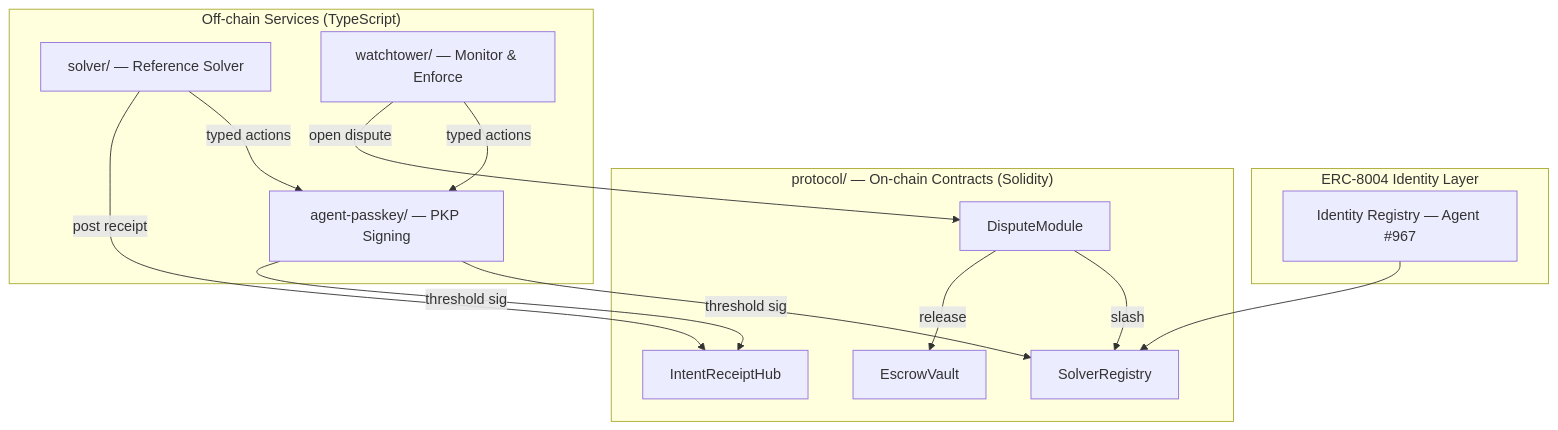
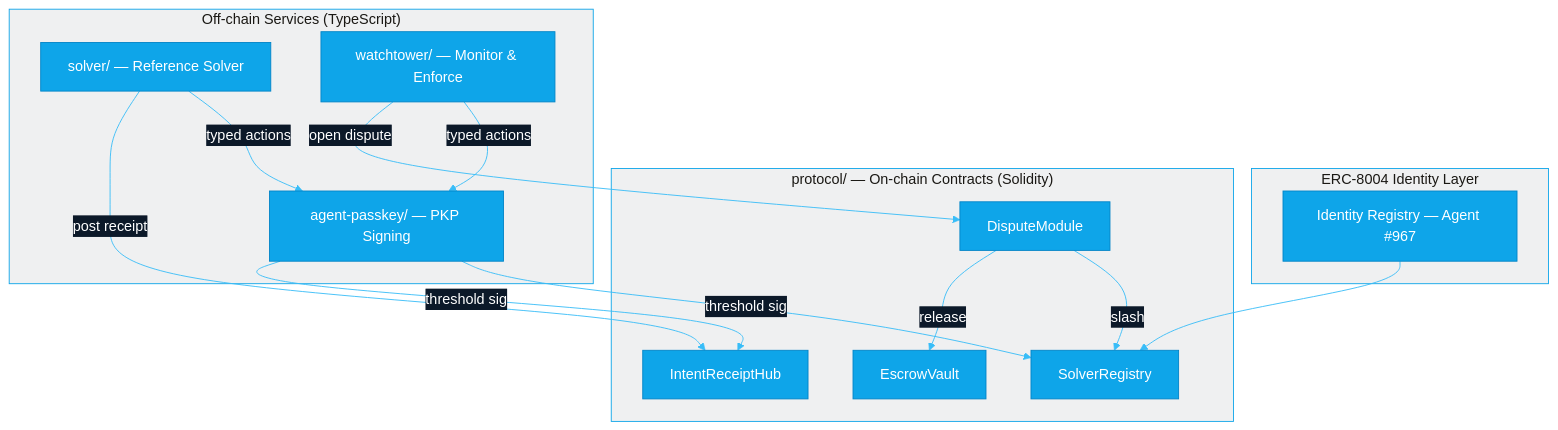
The second of 2 diagrams in README.md (intent-solutions-io/irsb-workspace), drawn with Mermaid before and after one commit. The commit also changed other lines of this file and 2 other files, not shown here.

First line of the commit message:
docs: upgrade README with branded SVG banners, badges, and themed Mermaid diagrams

````diff
--- a/README.md
+++ b/README.md
@@ -36,29 +66,39 @@
 ```mermaid
+%%{init: {'theme': 'base', 'themeVariables': {
+  'primaryColor': '#0ea5e9',
+  'primaryBorderColor': '#0284c7',
+  'primaryTextColor': '#ffffff',
+  'lineColor': '#38bdf8',
+  'secondaryColor': '#0c1929',
+  'tertiaryColor': '#e5e7eb',
+  'clusterBkg': '#0c192910',
+  'clusterBorder': '#0ea5e9'
+}}}%%
 flowchart TB
     subgraph ERC8004["ERC-8004 Identity Layer"]
         REG["Identity Registry — Agent #967"]
     end
 
     subgraph Protocol["protocol/ — On-chain Contracts (Solidity)"]
         SR[SolverRegistry]
         IRH[IntentReceiptHub]
         DM[DisputeModule]
         EV[EscrowVault]
     end
 
     subgraph OffChain["Off-chain Services (TypeScript)"]
         SOL["solver/ — Reference Solver"]
         WT["watchtower/ — Monitor & Enforce"]
         AP["agent-passkey/ — PKP Signing"]
     end
 
     REG --> SR
     SOL -->|typed actions| AP
     WT -->|typed actions| AP
     AP -->|threshold sig| SR
     AP -->|threshold sig| IRH
     SOL -->|post receipt| IRH
     WT -->|open dispute| DM
     DM -->|slash| SR
     DM -->|release| EV
 ```
````
